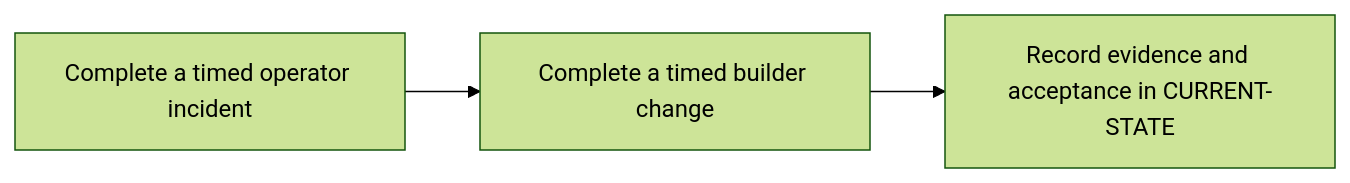
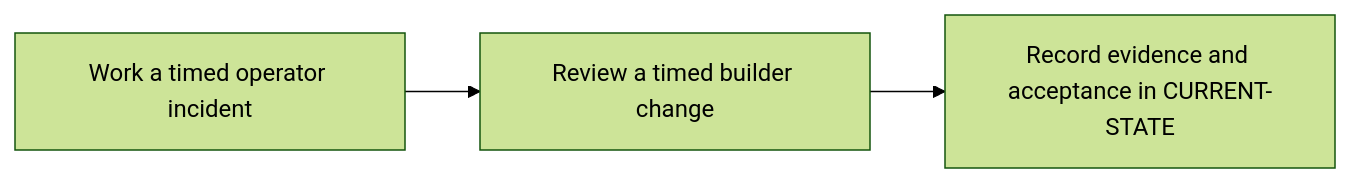
The diagram in docs/roadmap/P13.md (cdcdd15/git-runners-rust), drawn with Mermaid (forest theme) before and after one commit. The commit also changed other lines of this file and 22 other files, not shown here.

Commit message:
docs: complete P0 and adopt a knowledge-first roadmap

````diff
--- a/docs/roadmap/P13.md
+++ b/docs/roadmap/P13.md
@@ -9,5 +9,5 @@
 ```mermaid
 flowchart LR
-    Input["Complete a timed operator incident"] --> Validation["Complete a timed builder change"]
+    Input["Work a timed operator incident"] --> Validation["Review a timed builder change"]
     Validation --> Evidence["Record evidence and acceptance in CURRENT-STATE"]
 ```
````
